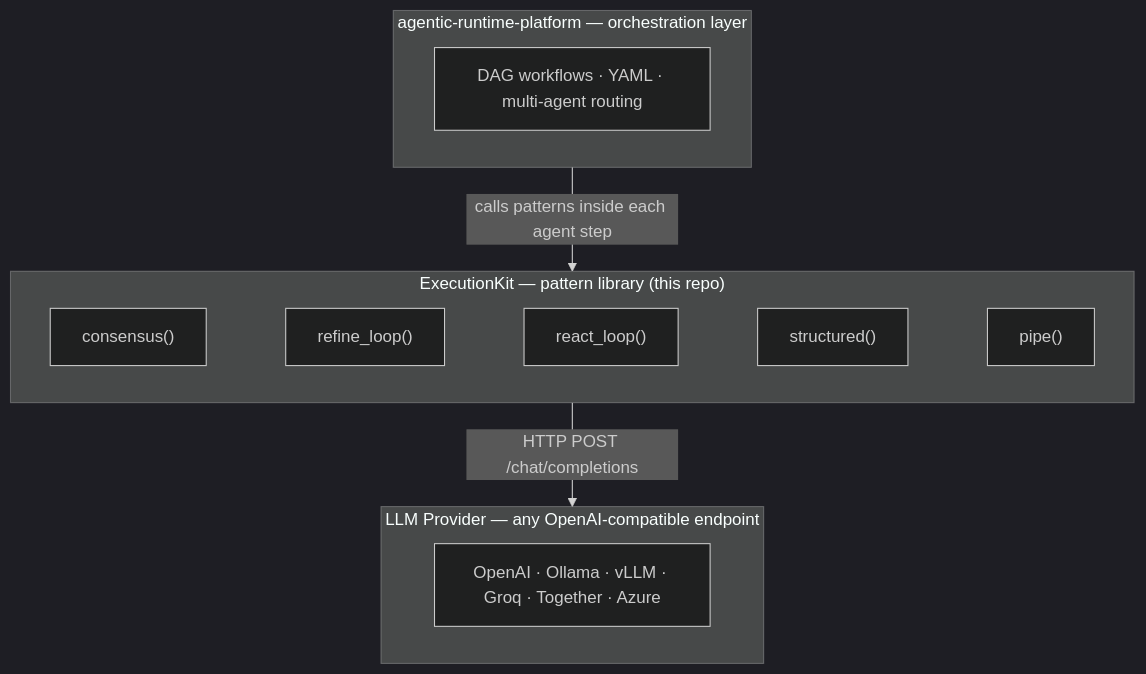
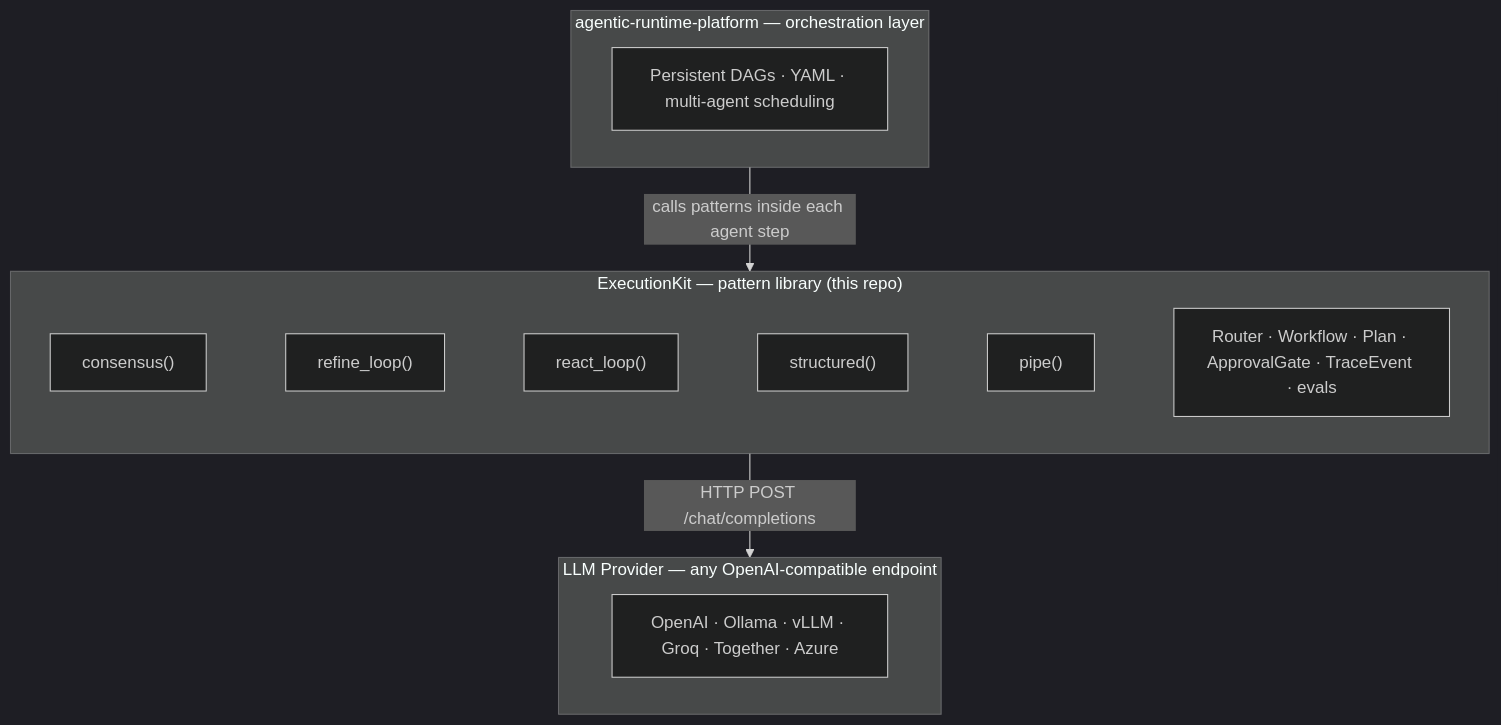
Before and after one commit to tafreeman/executionkit: the diagram in README.md, drawn with Mermaid (dark theme). The commit also changed other lines of this file and 26 other files, not shown here.

````diff
--- a/README.md
+++ b/README.md
@@ -40,18 +40,19 @@
 ```mermaid
 flowchart TB
     subgraph ARP ["agentic-runtime-platform  —  orchestration layer"]
-        W["DAG workflows · YAML · multi-agent routing"]
+        W["Persistent DAGs · YAML · multi-agent scheduling"]
     end
 
     subgraph EK ["ExecutionKit  —  pattern library  (this repo)"]
         direction LR
         C["consensus()"] ~~~ R["refine_loop()"] ~~~ RA["react_loop()"] ~~~ S["structured()"] ~~~ PI["pipe()"]
+        PI ~~~ O["Router · Workflow · Plan · ApprovalGate · TraceEvent · evals"]
     end
 
     subgraph P ["LLM Provider  —  any OpenAI-compatible endpoint"]
         API["OpenAI · Ollama · vLLM · Groq · Together · Azure"]
     end
 
     ARP -->|"calls patterns inside each agent step"| EK
     EK -->|"HTTP POST /chat/completions"| P
 ```
````
